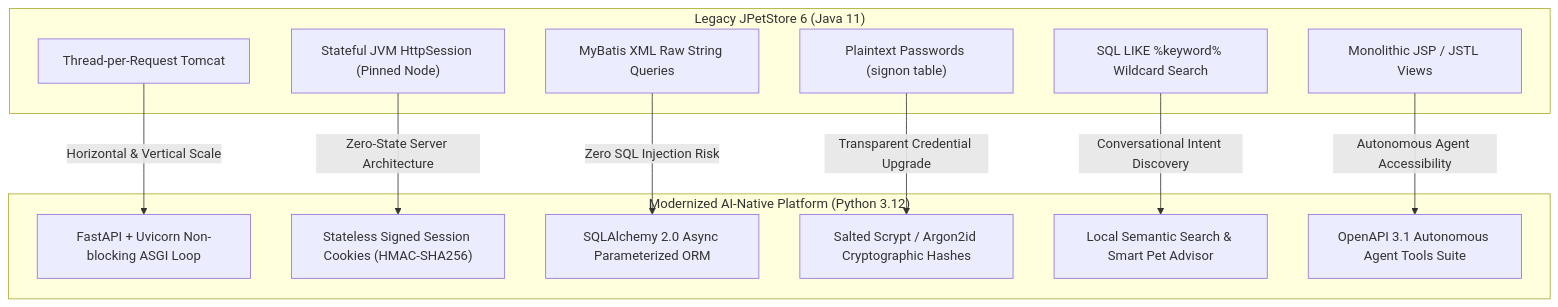
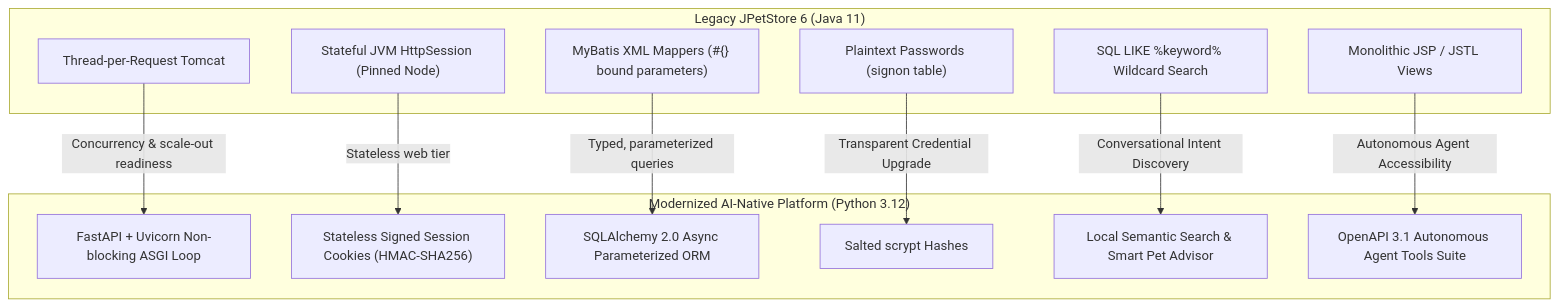
One commit to skillencetech/jpetstore changed the diagram in docs/modernization_deviations_and_rationales.md. Above: the diagram before and after it, drawn with Mermaid. The commit also changed other lines of this file and 8 other files, not shown here.

````diff
--- a/docs/modernization_deviations_and_rationales.md
+++ b/docs/modernization_deviations_and_rationales.md
@@ -17,27 +17,27 @@
 ```mermaid
 graph TD
     subgraph Legacy["Legacy JPetStore 6 (Java 11)"]
         L_Tomcat["Thread-per-Request Tomcat"]
         L_Session["Stateful JVM HttpSession (Pinned Node)"]
-        L_MyBatis["MyBatis XML Raw String Queries"]
+        L_MyBatis["MyBatis XML Mappers (#{} bound parameters)"]
         L_Plaintext["Plaintext Passwords (signon table)"]
         L_Wildcard["SQL LIKE %keyword% Wildcard Search"]
         L_JSP["Monolithic JSP / JSTL Views"]
     end
 
     subgraph Modern["Modernized AI-Native Platform (Python 3.12)"]
         M_ASGI["FastAPI + Uvicorn Non-blocking ASGI Loop"]
         M_Cookie["Stateless Signed Session Cookies (HMAC-SHA256)"]
         M_SQLA["SQLAlchemy 2.0 Async Parameterized ORM"]
-        M_Scrypt["Salted Scrypt / Argon2id Cryptographic Hashes"]
+        M_Scrypt["Salted scrypt Hashes"]
         M_AI["Local Semantic Search & Smart Pet Advisor"]
         M_Tools["OpenAPI 3.1 Autonomous Agent Tools Suite"]
     end
 
-    L_Tomcat -->|Horizontal & Vertical Scale| M_ASGI
-    L_Session -->|Zero-State Server Architecture| M_Cookie
-    L_MyBatis -->|Zero SQL Injection Risk| M_SQLA
+    L_Tomcat -->|Concurrency & scale-out readiness| M_ASGI
+    L_Session -->|Stateless web tier| M_Cookie
+    L_MyBatis -->|Typed, parameterized queries| M_SQLA
     L_Plaintext -->|Transparent Credential Upgrade| M_Scrypt
     L_Wildcard -->|Conversational Intent Discovery| M_AI
     L_JSP -->|Autonomous Agent Accessibility| M_Tools
 ```
````
